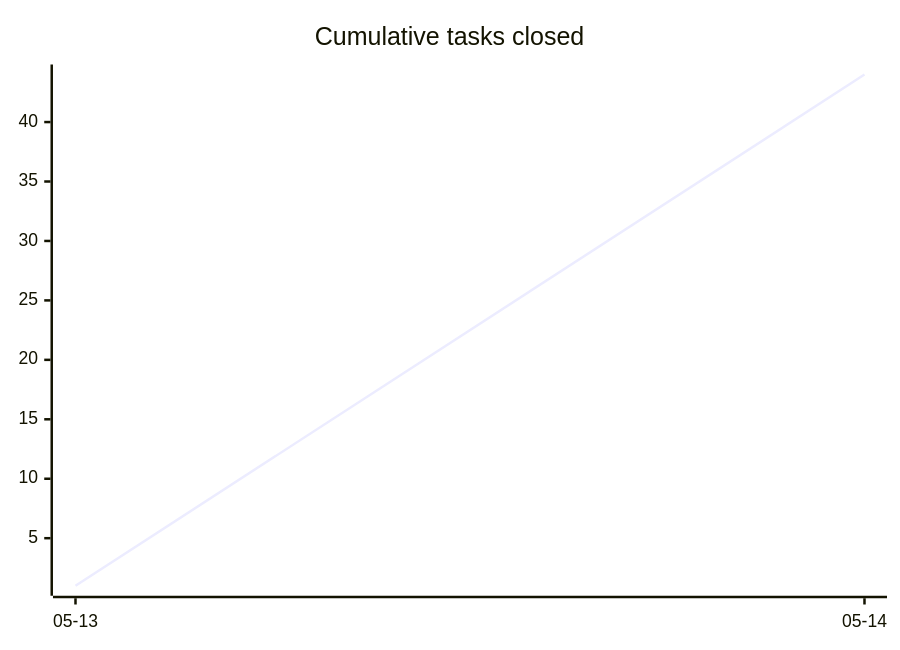
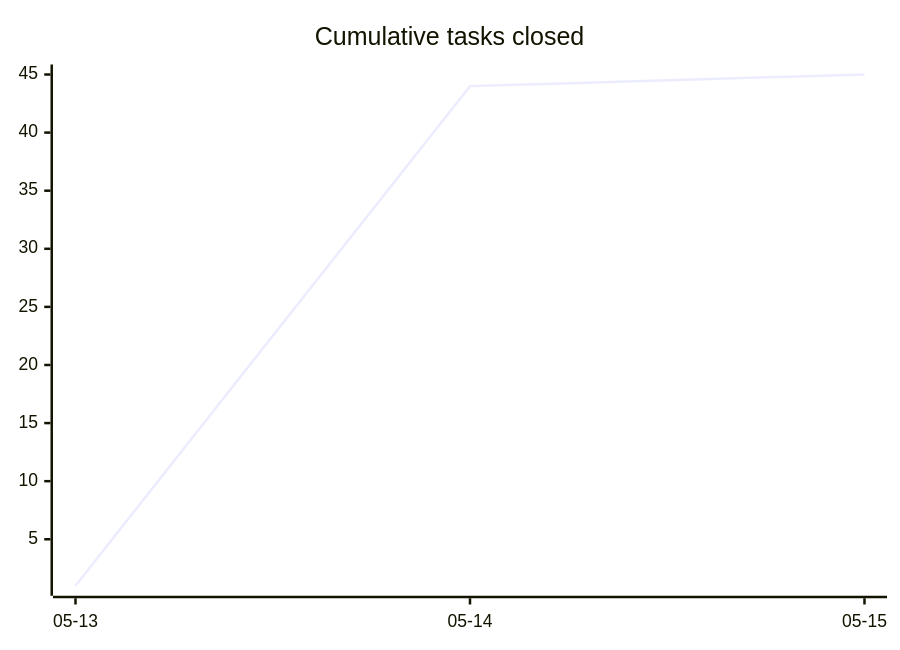
One commit to tgd1975/CircuitSmith changed the first of 3 diagrams in docs/developers/tasks/OVERVIEW.md. Above: the diagram before and after it, drawn with Mermaid. The commit also changed other lines of this file and 4 other files, not shown here.

````diff
--- a/docs/developers/tasks/OVERVIEW.md
+++ b/docs/developers/tasks/OVERVIEW.md
@@ -21,6 +21,6 @@
 ```mermaid
 xychart-beta
     title "Cumulative tasks closed"
-    x-axis ["05-13", "05-14"]
-    line [1, 44]
+    x-axis ["05-13", "05-14", "05-15"]
+    line [1, 44, 45]
 ```
````
